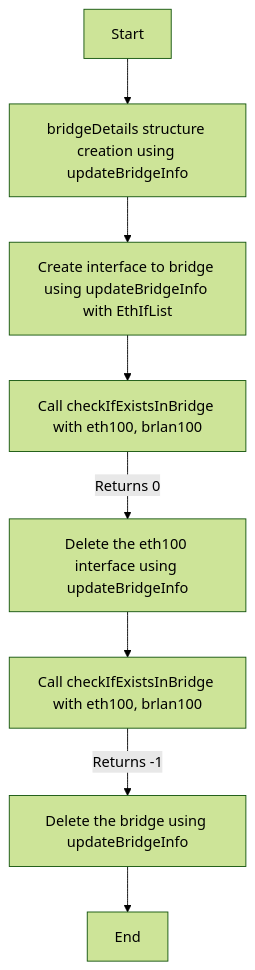
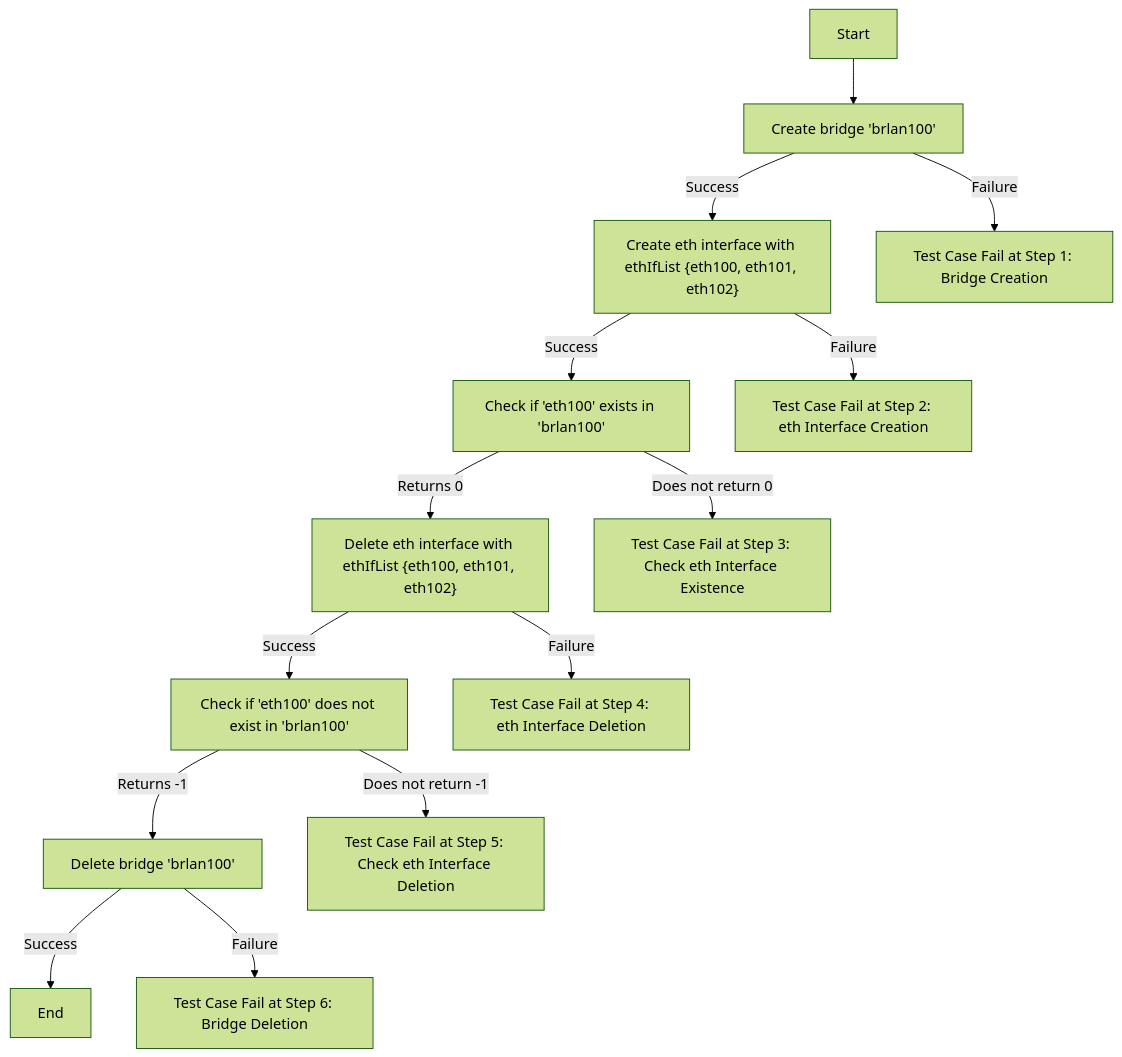
The fifth of 5 diagrams in docs/pages/bridge_util_mermaid.md (rdkcentral/rdkb-halif-test-bridge-util), drawn with Mermaid (forest theme) before and after one commit. The commit also changed other lines of this file, not shown here.

Commit message:
Develop bridge util hal L2 test suite Enhanced mermaid file of L2 testcases

````diff
--- a/docs/pages/bridge_util_mermaid.md
+++ b/docs/pages/bridge_util_mermaid.md
@@ -63,10 +81,16 @@
 ```mermaid
-graph TD
-A[Start] --> B[bridgeDetails structure creation using updateBridgeInfo]
-B --> C["Create interface to bridge using updateBridgeInfo with EthIfList"]
-C --> D["Call checkIfExistsInBridge with eth100, brlan100"]
-D --> |"Returns 0"| E["Delete the eth100 interface using updateBridgeInfo"]
-E --> F["Call checkIfExistsInBridge with eth100, brlan100"]
-F --> |"Returns -1"| G["Delete the bridge using updateBridgeInfo"]
-G --> H[End]
+flowchart TD
+A[Start] --> B[Create bridge 'brlan100']
+B -- Success --> C["Create eth interface with ethIfList {eth100, eth101, eth102}"]
+B -- Failure --> F[Test Case Fail at Step 1: Bridge Creation]
+C -- Success --> D[Check if 'eth100' exists in 'brlan100']
+C -- Failure --> G[Test Case Fail at Step 2: eth Interface Creation]
+D -- Returns 0 --> E["Delete eth interface with ethIfList {eth100, eth101, eth102}"]
+D -- Does not return 0 --> H[Test Case Fail at Step 3: Check eth Interface Existence]
+E -- Success --> I[Check if 'eth100' does not exist in 'brlan100']
+E -- Failure --> J[Test Case Fail at Step 4: eth Interface Deletion]
+I -- Returns -1 --> K[Delete bridge 'brlan100']
+I -- Does not return -1 --> L[Test Case Fail at Step 5: Check eth Interface Deletion]
+K -- Success --> M[End]
+K -- Failure --> N[Test Case Fail at Step 6: Bridge Deletion]
 ```
````
